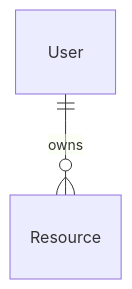
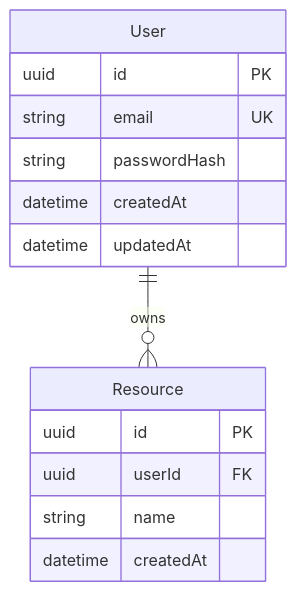
The diagram in .claude/templates/reference/database-template.md (Infinito2k26/Infinito2026), drawn with Mermaid before and after one commit. The commit also changed other lines of this file and 18 other files, not shown here.

````diff
--- a/.claude/templates/reference/database-template.md
+++ b/.claude/templates/reference/database-template.md
@@ -9,4 +35,17 @@
 ```mermaid
 erDiagram
   User ||--o{ Resource : owns
+  User {
+    uuid id PK
+    string email UK
+    string passwordHash
+    datetime createdAt
+    datetime updatedAt
+  }
+  Resource {
+    uuid id PK
+    uuid userId FK
+    string name
+    datetime createdAt
+  }
 ```
````
